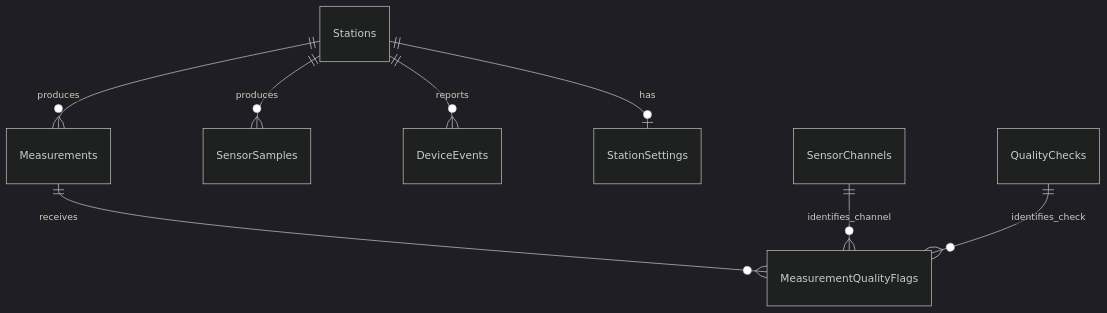
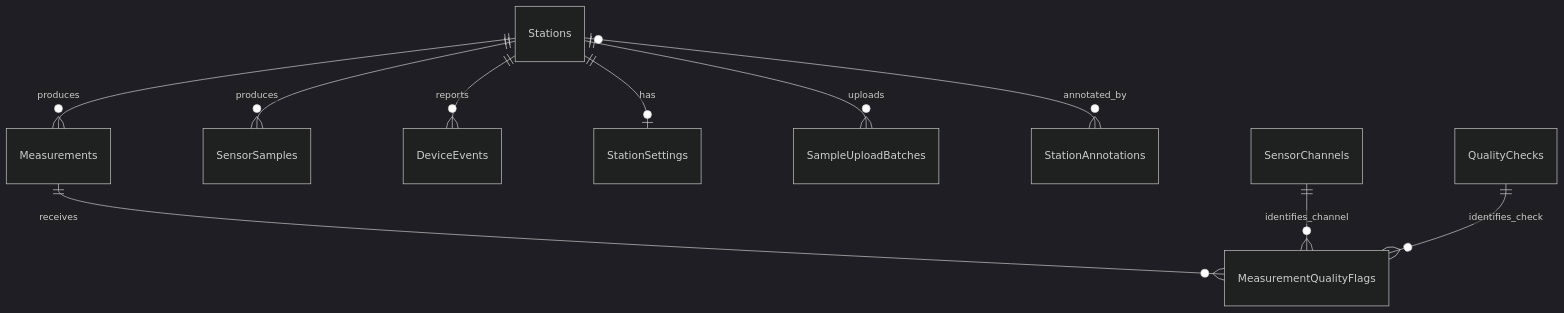
One commit to Radovan30/MeteoStanice changed the second of 3 diagrams in docs/ARCHITEKTURA_A_POPIS_SYSTEMU.md. Above: the diagram before and after it, drawn with Mermaid (dark theme). The commit also changed other lines of this file and 19 other files, not shown here.

````diff
--- a/docs/ARCHITEKTURA_A_POPIS_SYSTEMU.md
+++ b/docs/ARCHITEKTURA_A_POPIS_SYSTEMU.md
@@ -651,10 +657,12 @@
 ```mermaid
 erDiagram
     Stations ||--o{ Measurements : produces
     Stations ||--o{ SensorSamples : produces
     Stations ||--o{ DeviceEvents : reports
     Stations ||--o| StationSettings : has
+    Stations ||--o{ SampleUploadBatches : uploads
+    Stations |o--o{ StationAnnotations : annotated_by
     Measurements ||--o{ MeasurementQualityFlags : receives
     SensorChannels ||--o{ MeasurementQualityFlags : identifies_channel
     QualityChecks ||--o{ MeasurementQualityFlags : identifies_check
 ```
````
